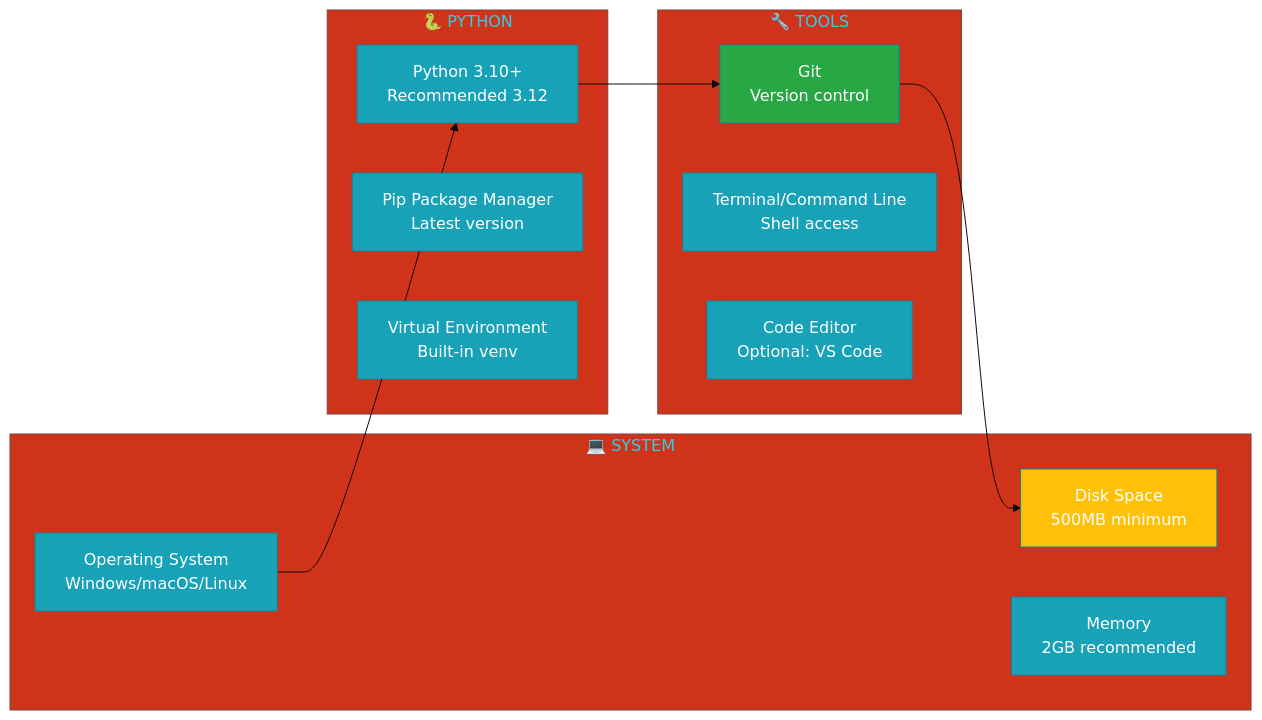
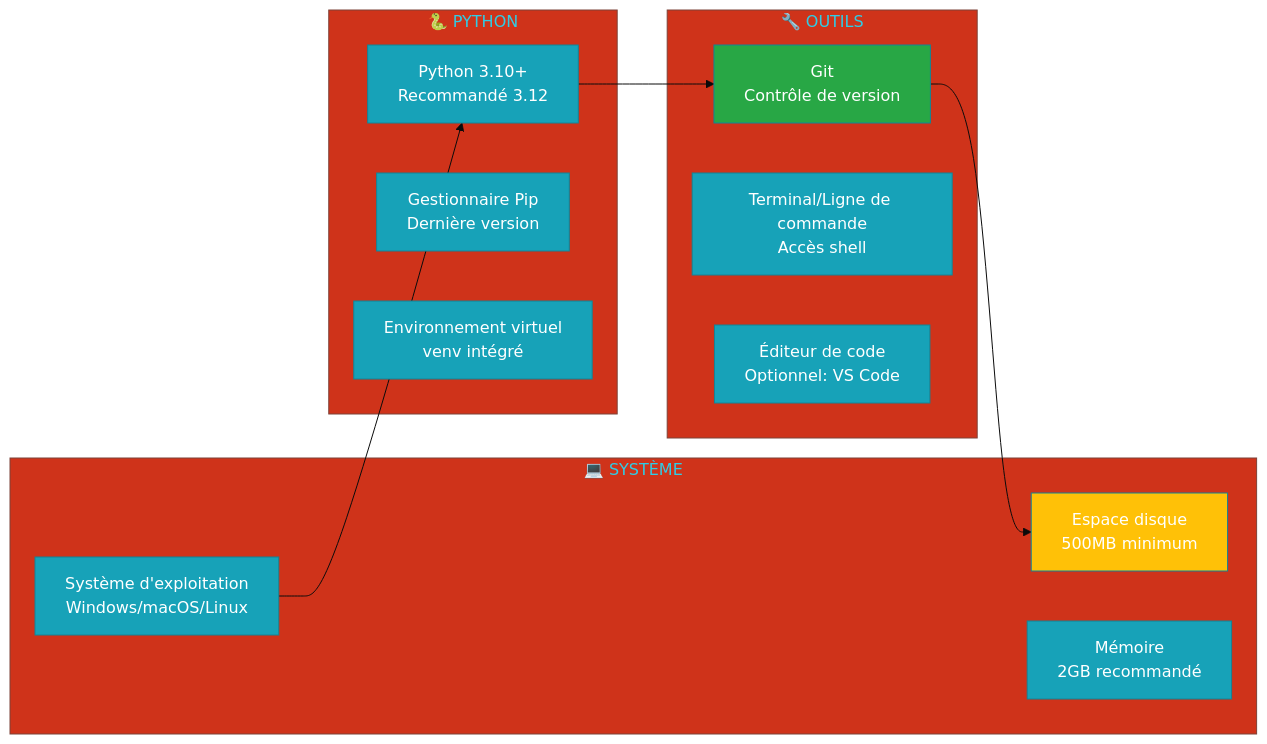
Before and after one commit to arkalia-luna-system/ia-pipeline: the second of 9 diagrams in docs/USER_GUIDES/INSTALLATION.md, drawn with Mermaid. The commit also changed other lines of this file and 8 other files, not shown here.

````diff
--- a/docs/USER_GUIDES/INSTALLATION.md
+++ b/docs/USER_GUIDES/INSTALLATION.md
@@ -45,29 +41,29 @@
 ```mermaid
 %%{init: {'theme':'base', 'themeVariables': { 'primaryColor': '#17a2b8', 'primaryTextColor': '#fff', 'primaryBorderColor': '#138496'}}}%%
 graph LR
-    subgraph "💻 SYSTEM"
-        OS[Operating System<br/>Windows/macOS/Linux]
-        SPACE[Disk Space<br/>500MB minimum]
-        RAM[Memory<br/>2GB recommended]
+    subgraph "💻 SYSTÈME"
+        OS[Système d'exploitation<br/>Windows/macOS/Linux]
+        SPACE[Espace disque<br/>500MB minimum]
+        RAM[Mémoire<br/>2GB recommandé]
     end
     
     subgraph "🐍 PYTHON"
-        PY[Python 3.10+<br/>Recommended 3.12]
-        PIP[Pip Package Manager<br/>Latest version]
-        VENV[Virtual Environment<br/>Built-in venv]
+        PY[Python 3.10+<br/>Recommandé 3.12]
+        PIP[Gestionnaire Pip<br/>Dernière version]
+        VENV[Environnement virtuel<br/>venv intégré]
     end
     
-    subgraph "🔧 TOOLS"
-        GIT[Git<br/>Version control]
-        TERM[Terminal/Command Line<br/>Shell access]
-        EDITOR[Code Editor<br/>Optional: VS Code]
+    subgraph "🔧 OUTILS"
+        GIT[Git<br/>Contrôle de version]
+        TERM[Terminal/Ligne de commande<br/>Accès shell]
+        EDITOR[Éditeur de code<br/>Optionnel: VS Code]
     end
     
     OS --> PY
     PY --> GIT
     GIT --> SPACE
     
     style PY fill:#17a2b8
     style GIT fill:#28a745
     style SPACE fill:#ffc107
 ```
````
